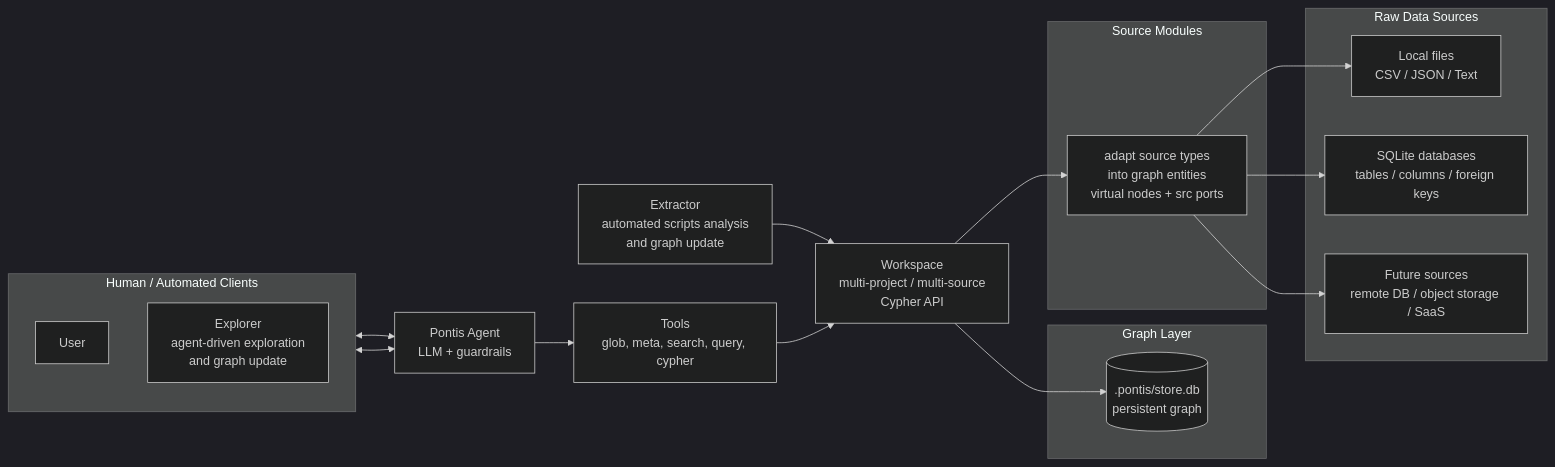
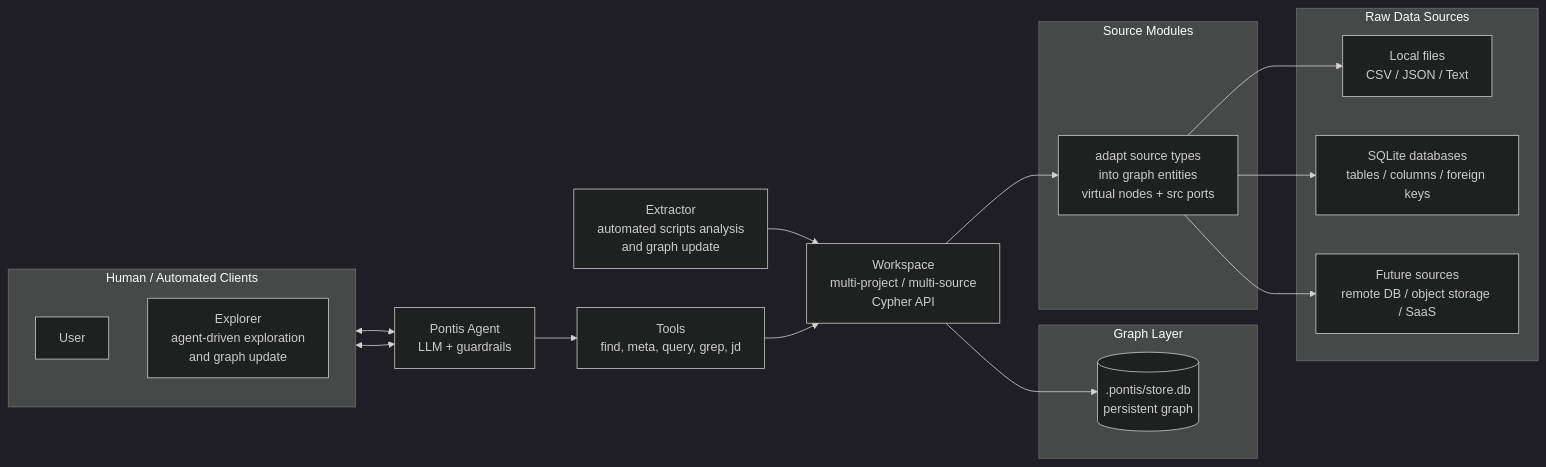
Before and after one commit to rhicore/Pontis: the diagram in README.md, drawn with Mermaid (dark theme). The commit also changed other lines of this file and 70 other files, not shown here.

````diff
--- a/README.md
+++ b/README.md
@@ -44,38 +44,38 @@
 ```mermaid
 flowchart LR
     subgraph Clients[Human / Automated Clients]
         direction TB
         U[User]
         EP[Explorer<br/>agent-driven exploration <br/>and graph update]
     end
 
     W[Workspace<br/>multi-project / multi-source<br/>Cypher API]
 
     subgraph Graph[Graph Layer]
         G[(.pontis/store.db<br/>persistent graph)]
     end
 
     W --> G
 
     subgraph Adapter[Source Modules]
         SM[adapt source types<br/>into graph entities<br/>virtual nodes + src ports]
     end
 
     W --> SM
 
     subgraph Raw[Raw Data Sources]
         FS[Local files<br/>CSV / JSON / Text]
         DB[SQLite databases<br/>tables / columns / foreign keys]
         EXT[Future sources<br/>remote DB / object storage / SaaS]
     end
 
     SM --> FS
     SM --> DB
     SM --> EXT
 
     EX[Extractor<br/>automated scripts analysis <br/>and graph update] --> W
-    T[Tools<br/>glob, meta, search, query, cypher] --> W
+    T[Tools<br/>find, meta, query, grep, jd] --> W
     A[Pontis Agent<br/>LLM + guardrails] --> T
     U <--> A
     EP <--> A
 ```
````
